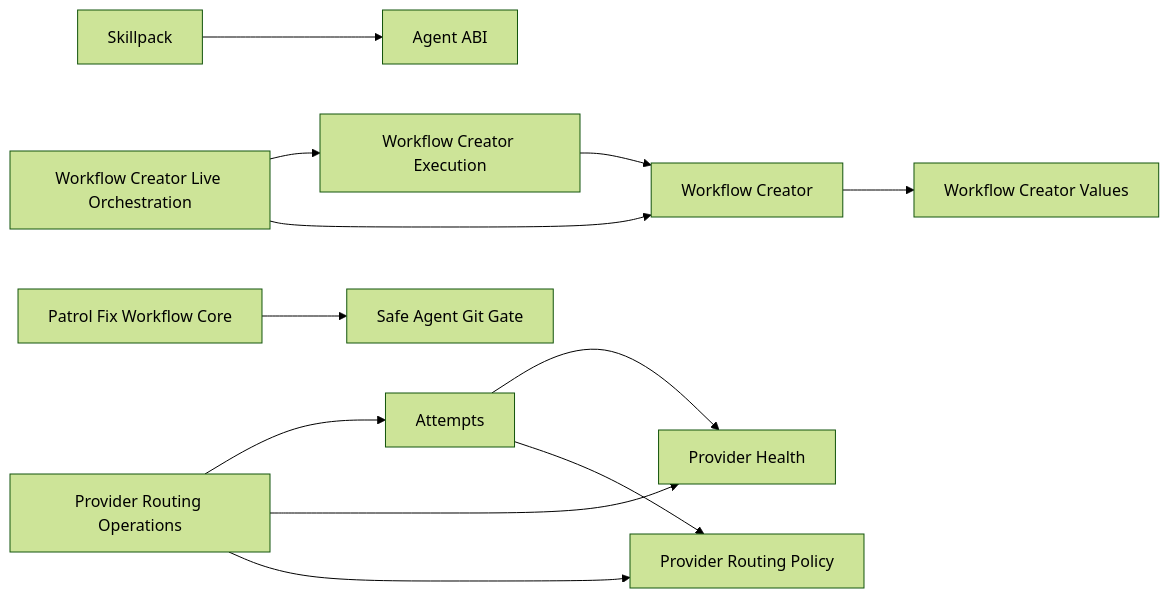
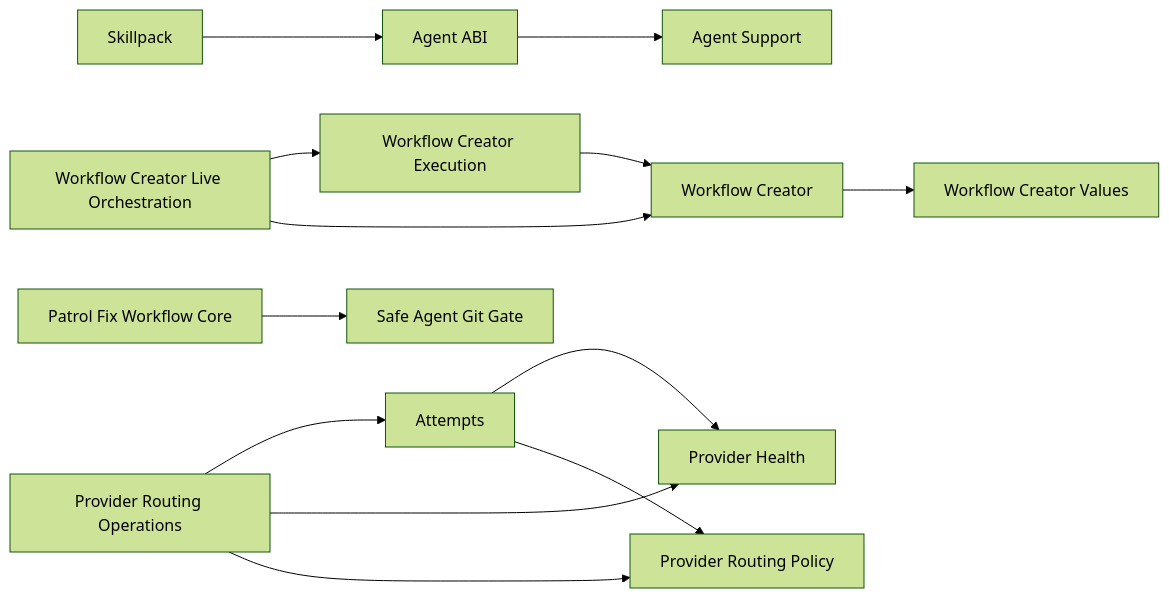
One commit to ivankuznetsov/hive changed the diagram in wiki/component-boundaries.md. Above: the diagram before and after it, drawn with Mermaid (forest theme). The commit also changed other lines of this file and 44 other files, not shown here.

Commit message:
refactor: isolate Pi agent support

````diff
--- a/wiki/component-boundaries.md
+++ b/wiki/component-boundaries.md
@@ -47,14 +48,15 @@
 ```mermaid
 flowchart LR
+  agent_abi[Agent ABI] --> agent_support[Agent Support]
   skillpack[Skillpack] --> agent_abi[Agent ABI]
   workflow_execution[Workflow Creator Execution] --> workflow_core[Workflow Creator]
   workflow_live[Workflow Creator Live Orchestration] --> workflow_execution
   workflow_live --> workflow_core
   workflow_core --> workflow_values[Workflow Creator Values]
   patrol_fix[Patrol Fix Workflow Core] --> git_gate[Safe Agent Git Gate]
   attempts[Attempts] --> provider_health[Provider Health]
   attempts --> provider_routing[Provider Routing Policy]
   routing_operations[Provider Routing Operations] --> attempts
   routing_operations --> provider_health
   routing_operations --> provider_routing
 ```
````
